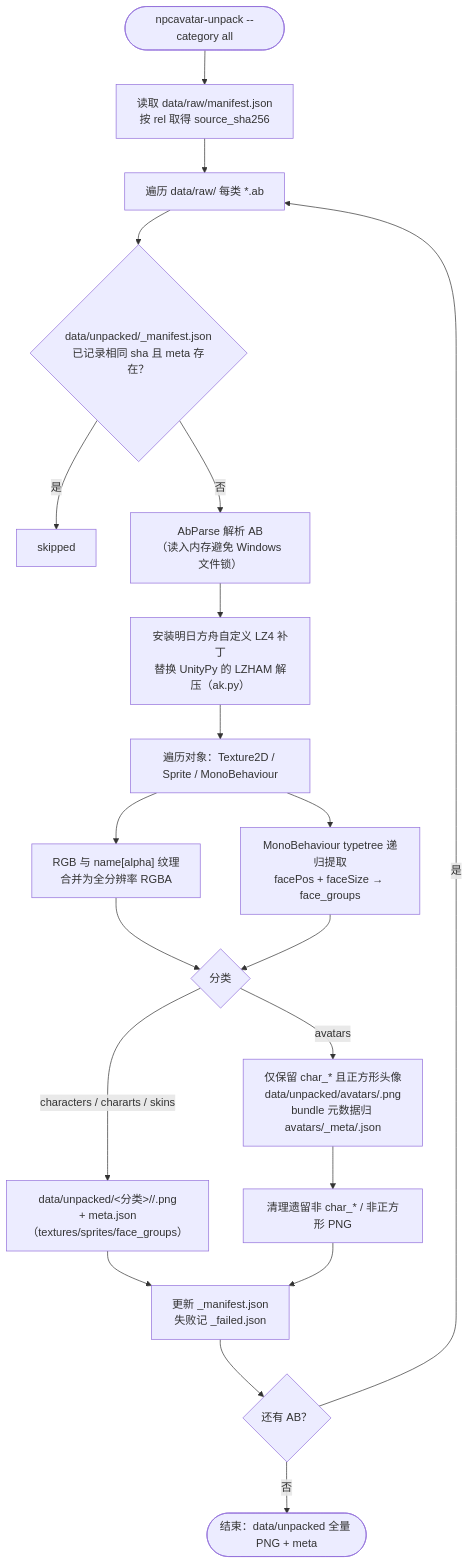
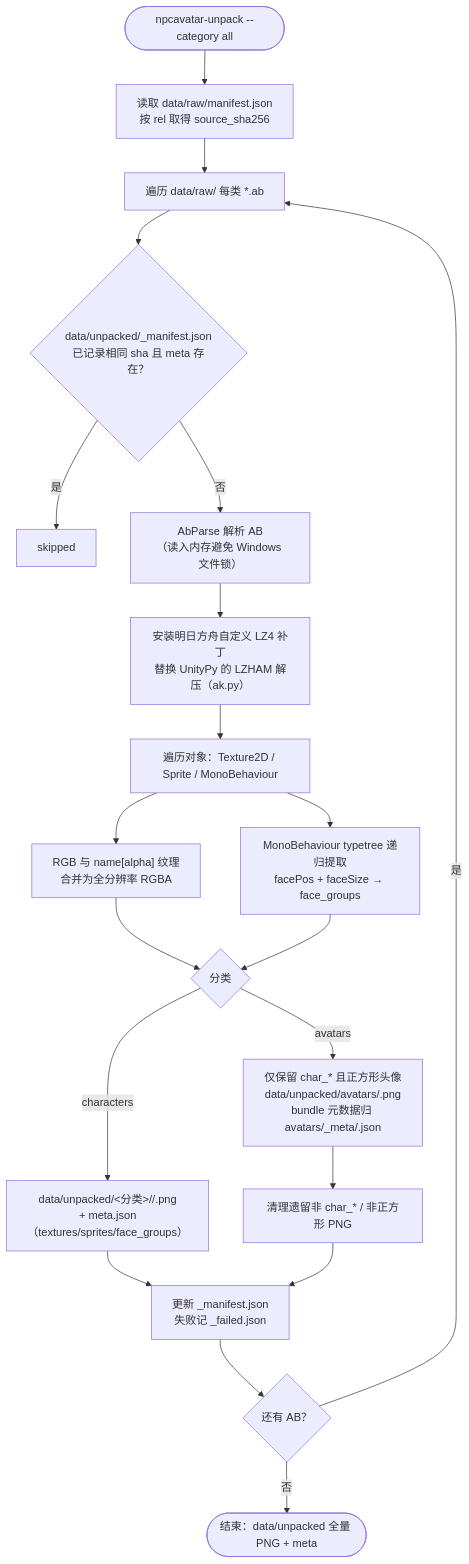
One commit to Arkfans/ArknightsAvatar changed the third of 10 diagrams in docs/生产流程图.md. Above: the diagram before and after it, drawn with Mermaid. The commit also changed other lines of this file and 5 other files, not shown here.

First line of the commit message:
refactor: 移除 chararts 与 skins 分类，仅保留 characters 与 avatars

````diff
--- a/docs/生产流程图.md
+++ b/docs/生产流程图.md
@@ -82,22 +82,22 @@
 ```mermaid
 flowchart TD
     Start(["npcavatar-unpack --category all"]) --> Load["读取 data/raw/manifest.json<br/>按 rel 取得 source_sha256"]
     Load --> Iter["遍历 data/raw/ 每类 *.ab"]
     Iter --> Inc{"data/unpacked/_manifest.json<br/>已记录相同 sha 且 meta 存在？"}
     Inc -->|"是"| Skip["skipped"]
     Inc -->|"否"| Parse["AbParse 解析 AB<br/>（读入内存避免 Windows 文件锁）"]
     Parse --> Patch["安装明日方舟自定义 LZ4 补丁<br/>替换 UnityPy 的 LZHAM 解压（ak.py）"]
     Patch --> Obj["遍历对象：Texture2D / Sprite / MonoBehaviour"]
     Obj --> RGBA["RGB 与 name[alpha] 纹理<br/>合并为全分辨率 RGBA"]
     Obj --> Meta["MonoBehaviour typetree 递归提取<br/>facePos + faceSize → face_groups"]
     RGBA --> Cat2{"分类"}
     Meta --> Cat2
-    Cat2 -->|"characters / chararts / skins"| Item["data/unpacked/<分类>/<id>/<name>.png<br/>+ meta.json（textures/sprites/face_groups）"]
+    Cat2 -->|"characters"| Item["data/unpacked/<分类>/<id>/<name>.png<br/>+ meta.json（textures/sprites/face_groups）"]
     Cat2 -->|"avatars"| Ava["仅保留 char_* 且正方形头像<br/>data/unpacked/avatars/<name>.png<br/>bundle 元数据归 avatars/_meta/<bundle>.json"]
     Item --> Upd["更新 _manifest.json<br/>失败记 _failed.json"]
     Ava --> Prune["清理遗留非 char_* / 非正方形 PNG"]
     Prune --> Upd
     Upd --> More{"还有 AB？"}
     More -->|"是"| Iter
     More -->|"否"| Done2(["结束：data/unpacked 全量 PNG + meta"])
 ```
````
